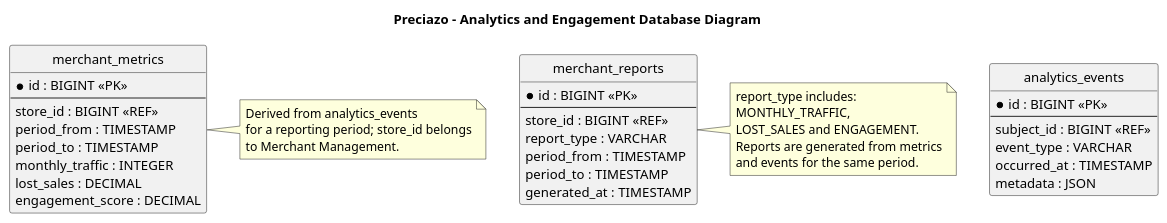
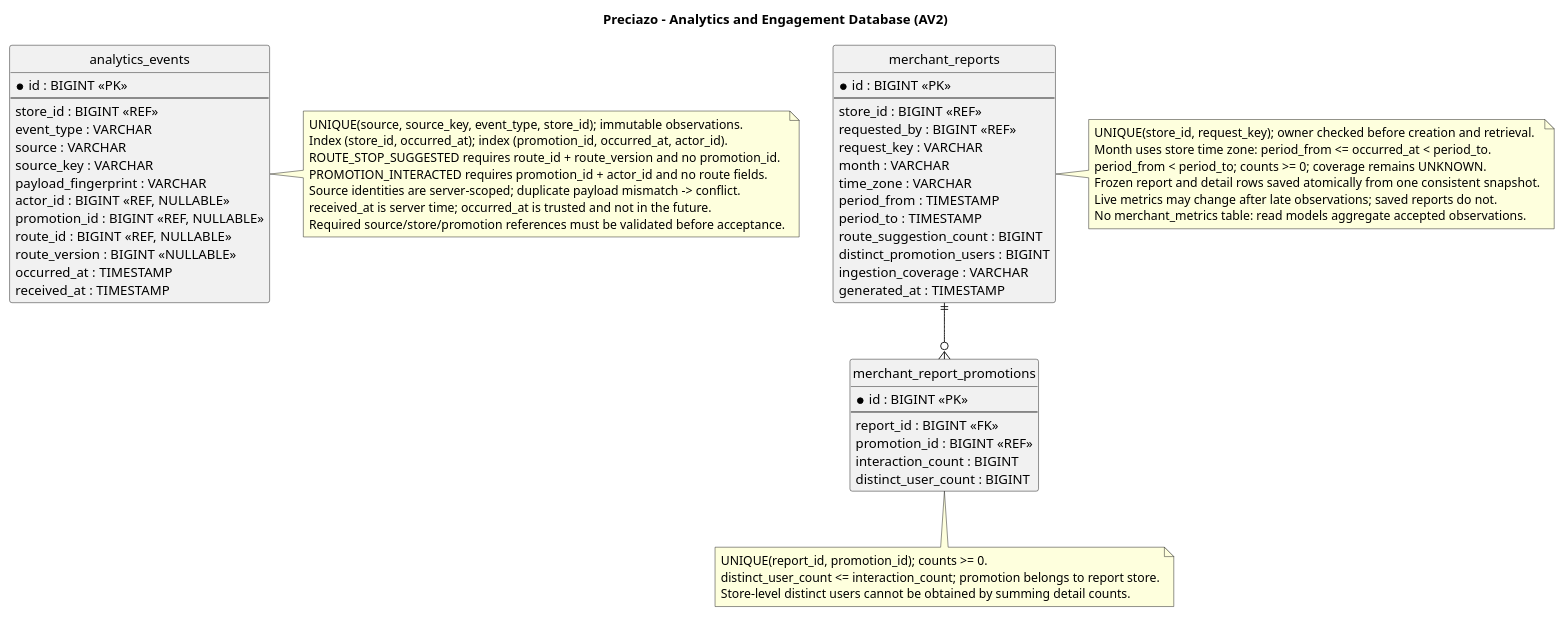
One commit to Open-Source-1ASI0729-2620-7750/preciazo-report changed the diagram in docs/architecture/database/analytics-engagement.puml. Above: the diagram before and after it, drawn with PlantUML. The commit also changed 11 other files, not shown here.

Commit message:
docs(analytics): align US27 metrics and backend contracts

```diff
--- a/docs/architecture/database/analytics-engagement.puml
+++ b/docs/architecture/database/analytics-engagement.puml
@@ -1,52 +1,74 @@
 @startuml Preciazo_DB_Analytics_Engagement
-
-title Preciazo - Analytics and Engagement Database Diagram
-
+title Preciazo - Analytics and Engagement Database (AV2)
 hide circle
 skinparam linetype ortho
 
 entity analytics_events {
     * id : BIGINT <<PK>>
     --
-    subject_id : BIGINT <<REF>>
+    store_id : BIGINT <<REF>>
     event_type : VARCHAR
+    source : VARCHAR
+    source_key : VARCHAR
+    payload_fingerprint : VARCHAR
+    actor_id : BIGINT <<REF, NULLABLE>>
+    promotion_id : BIGINT <<REF, NULLABLE>>
+    route_id : BIGINT <<REF, NULLABLE>>
+    route_version : BIGINT <<NULLABLE>>
     occurred_at : TIMESTAMP
-    metadata : JSON
-}
-
-entity merchant_metrics {
-    * id : BIGINT <<PK>>
-    --
-    store_id : BIGINT <<REF>>
-    period_from : TIMESTAMP
-    period_to : TIMESTAMP
-    monthly_traffic : INTEGER
-    lost_sales : DECIMAL
-    engagement_score : DECIMAL
+    received_at : TIMESTAMP
 }
 
 entity merchant_reports {
     * id : BIGINT <<PK>>
     --
     store_id : BIGINT <<REF>>
-    report_type : VARCHAR
+    requested_by : BIGINT <<REF>>
+    request_key : VARCHAR
+    month : VARCHAR
+    time_zone : VARCHAR
     period_from : TIMESTAMP
     period_to : TIMESTAMP
+    route_suggestion_count : BIGINT
+    distinct_promotion_users : BIGINT
+    ingestion_coverage : VARCHAR
     generated_at : TIMESTAMP
 }
 
-note right of merchant_metrics
-  Derived from analytics_events
-  for a reporting period; store_id belongs
-  to Merchant Management.
+entity merchant_report_promotions {
+    * id : BIGINT <<PK>>
+    --
+    report_id : BIGINT <<FK>>
+    promotion_id : BIGINT <<REF>>
+    interaction_count : BIGINT
+    distinct_user_count : BIGINT
+}
+
+merchant_reports ||--o{ merchant_report_promotions
+
+note right of analytics_events
+  UNIQUE(source, source_key, event_type, store_id); immutable observations.
+  Index (store_id, occurred_at); index (promotion_id, occurred_at, actor_id).
+  ROUTE_STOP_SUGGESTED requires route_id + route_version and no promotion_id.
+  PROMOTION_INTERACTED requires promotion_id + actor_id and no route fields.
+  Source identities are server-scoped; duplicate payload mismatch -> conflict.
+  received_at is server time; occurred_at is trusted and not in the future.
+  Required source/store/promotion references must be validated before acceptance.
 end note
 
 note right of merchant_reports
-  report_type includes:
-  MONTHLY_TRAFFIC,
-  LOST_SALES and ENGAGEMENT.
-  Reports are generated from metrics
-  and events for the same period.
+  UNIQUE(store_id, request_key); owner checked before creation and retrieval.
+  Month uses store time zone: period_from <= occurred_at < period_to.
+  period_from < period_to; counts >= 0; coverage remains UNKNOWN.
+  Frozen report and detail rows saved atomically from one consistent snapshot.
+  Live metrics may change after late observations; saved reports do not.
+  No merchant_metrics table: read models aggregate accepted observations.
+end note
+
+note bottom of merchant_report_promotions
+  UNIQUE(report_id, promotion_id); counts >= 0.
+  distinct_user_count <= interaction_count; promotion belongs to report store.
+  Store-level distinct users cannot be obtained by summing detail counts.
 end note
 
 @enduml
```
